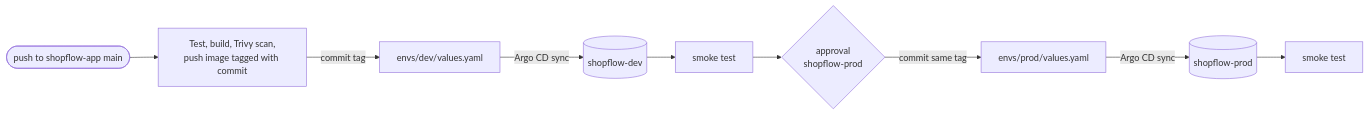
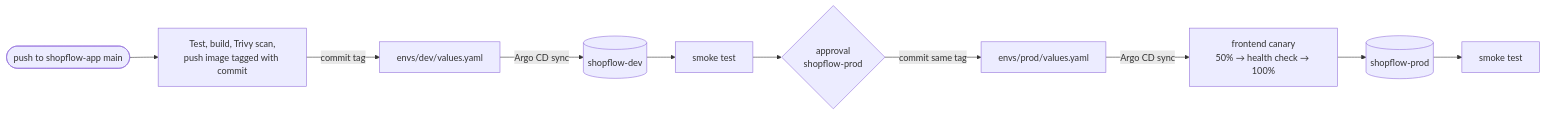
One commit to kirthikesh/shopflow-gitops changed the diagram in README.md. Above: the diagram before and after it, drawn with Mermaid. The commit also changed other lines of this file and 2 other files, not shown here.

Commit message:
docs: screenshots from the last live release, canary section

````diff
--- a/README.md
+++ b/README.md
@@ -17,11 +18,12 @@
 ```mermaid
 flowchart LR
     APP([push to shopflow-app main]) --> CI[Test, build, Trivy scan,<br/>push image tagged with commit]
     CI -->|commit tag| DEV[envs/dev/values.yaml]
     DEV -->|Argo CD sync| DEVNS[(shopflow-dev)]
     DEVNS --> SMOKE1[smoke test]
     SMOKE1 --> GATE{approval<br/>shopflow-prod}
     GATE -->|commit same tag| PROD[envs/prod/values.yaml]
-    PROD -->|Argo CD sync| PRODNS[(shopflow-prod)]
+    PROD -->|Argo CD sync| CANARY[frontend canary<br/>50% → health check → 100%]
+    CANARY --> PRODNS[(shopflow-prod)]
     PRODNS --> SMOKE2[smoke test]
 ```
````
